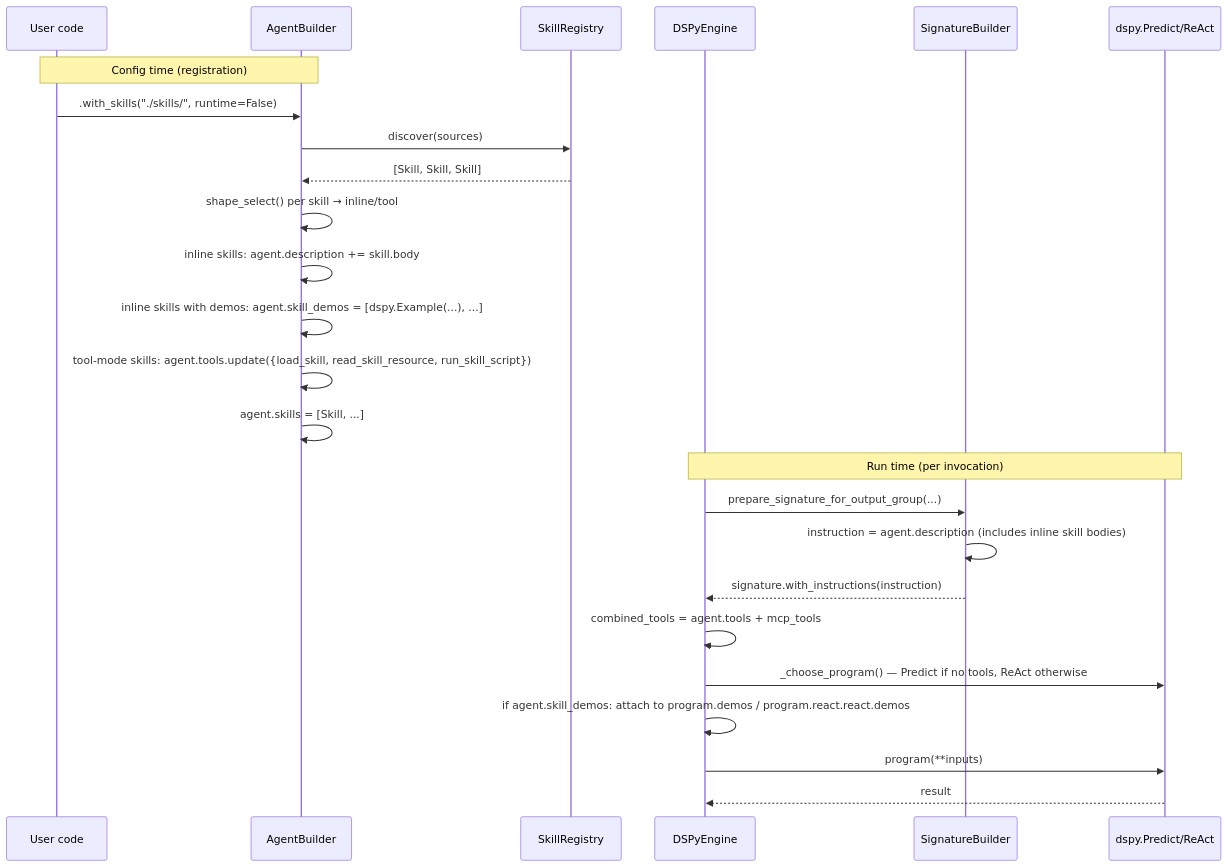
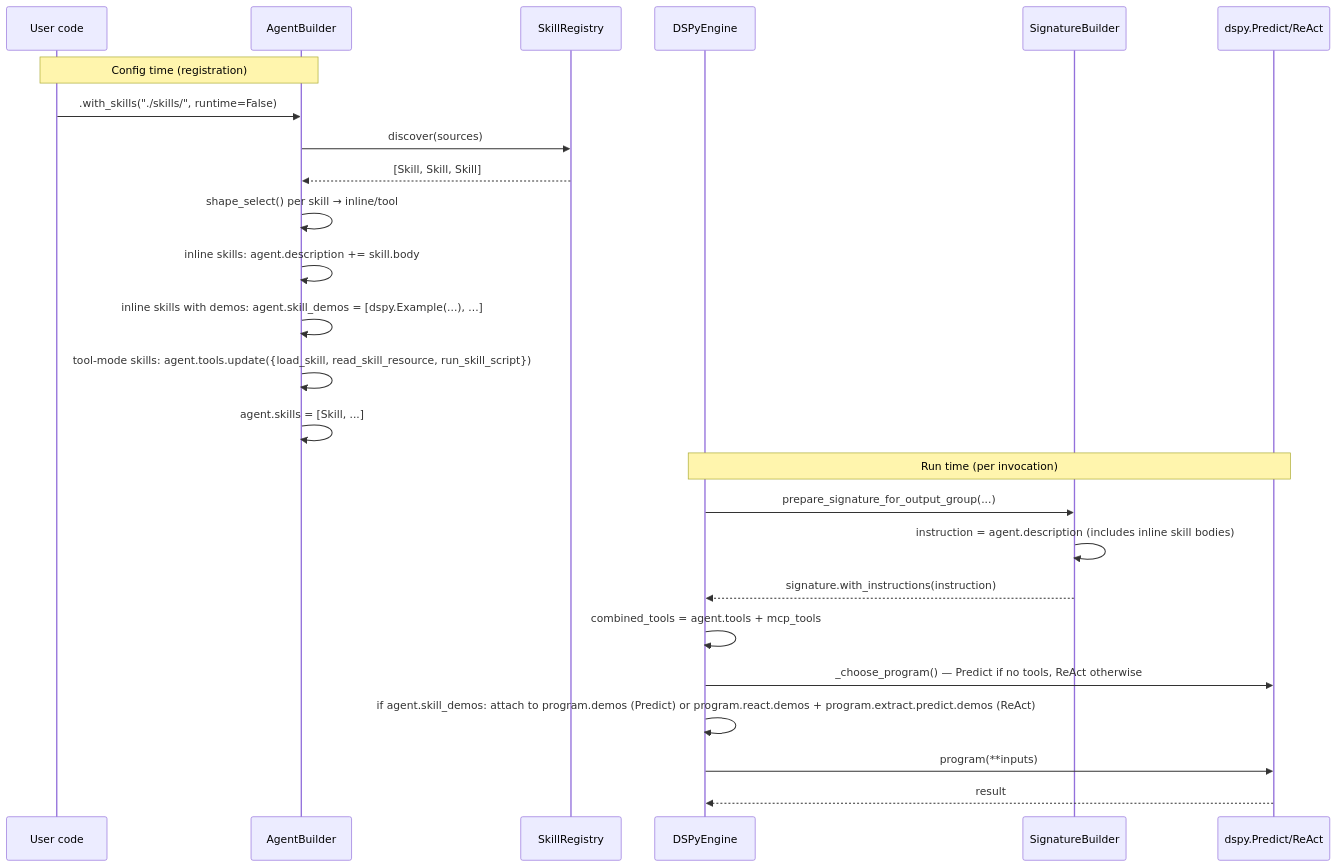
One commit to whiteducksoftware/flock changed the first of 2 diagrams in docs/plans/2026-04-17-001-feat-agent-skills-internal-flock-plan.md. Above: the diagram before and after it, drawn with Mermaid. The commit also changed other lines of this file and 1 other file, not shown here.

````diff
--- a/docs/plans/2026-04-17-001-feat-agent-skills-internal-flock-plan.md
+++ b/docs/plans/2026-04-17-001-feat-agent-skills-internal-flock-plan.md
@@ -198,29 +198,29 @@
 ```mermaid
 sequenceDiagram
     participant User as User code
     participant AB as AgentBuilder
     participant Reg as SkillRegistry
     participant Engine as DSPyEngine
     participant SB as SignatureBuilder
     participant DSPy as dspy.Predict/ReAct
 
     Note over User,AB: Config time (registration)
     User->>AB: .with_skills("./skills/", runtime=False)
     AB->>Reg: discover(sources)
     Reg-->>AB: [Skill, Skill, Skill]
     AB->>AB: shape_select() per skill → inline/tool
     AB->>AB: inline skills: agent.description += skill.body
     AB->>AB: inline skills with demos: agent.skill_demos = [dspy.Example(...), ...]
     AB->>AB: tool-mode skills: agent.tools.update({load_skill, read_skill_resource, run_skill_script})
     AB->>AB: agent.skills = [Skill, ...]
 
     Note over Engine,DSPy: Run time (per invocation)
     Engine->>SB: prepare_signature_for_output_group(...)
     SB->>SB: instruction = agent.description (includes inline skill bodies)
     SB-->>Engine: signature.with_instructions(instruction)
     Engine->>Engine: combined_tools = agent.tools + mcp_tools
     Engine->>DSPy: _choose_program() — Predict if no tools, ReAct otherwise
-    Engine->>Engine: if agent.skill_demos: attach to program.demos / program.react.react.demos
+    Engine->>Engine: if agent.skill_demos: attach to program.demos (Predict) or program.react.demos + program.extract.predict.demos (ReAct)
     Engine->>DSPy: program(**inputs)
     DSPy-->>Engine: result
 ```
````
